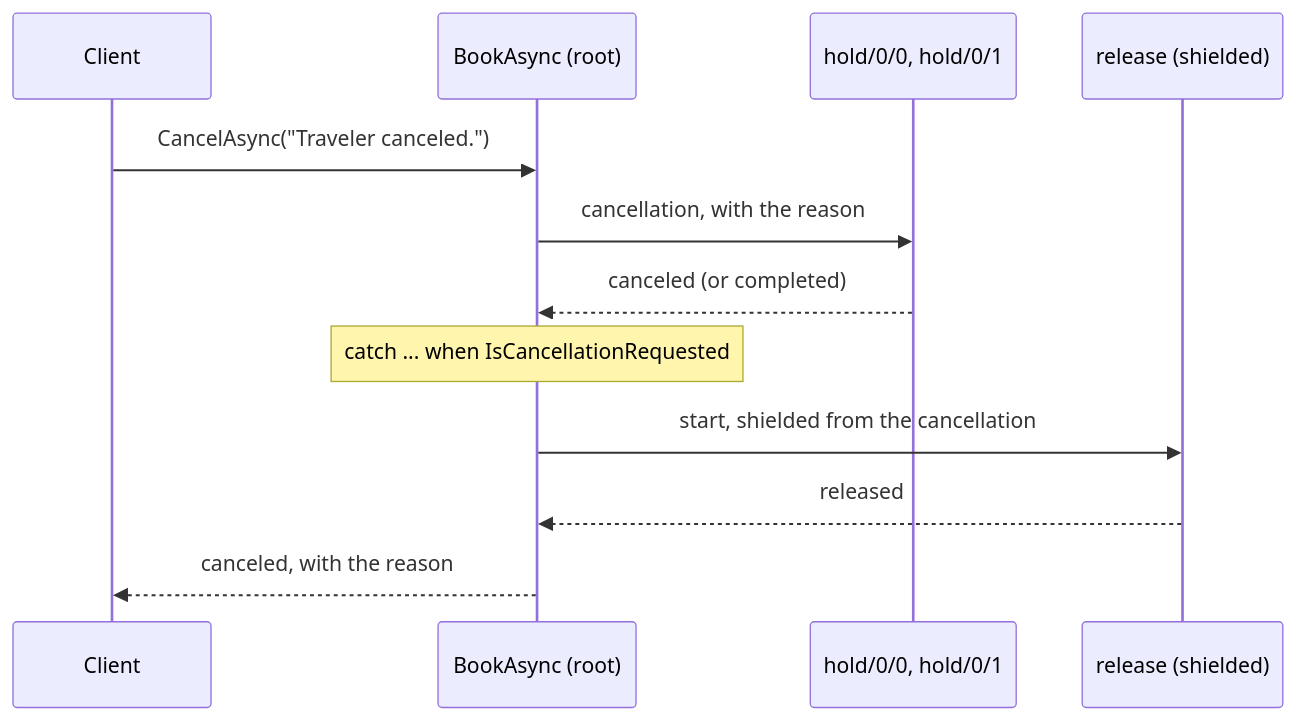
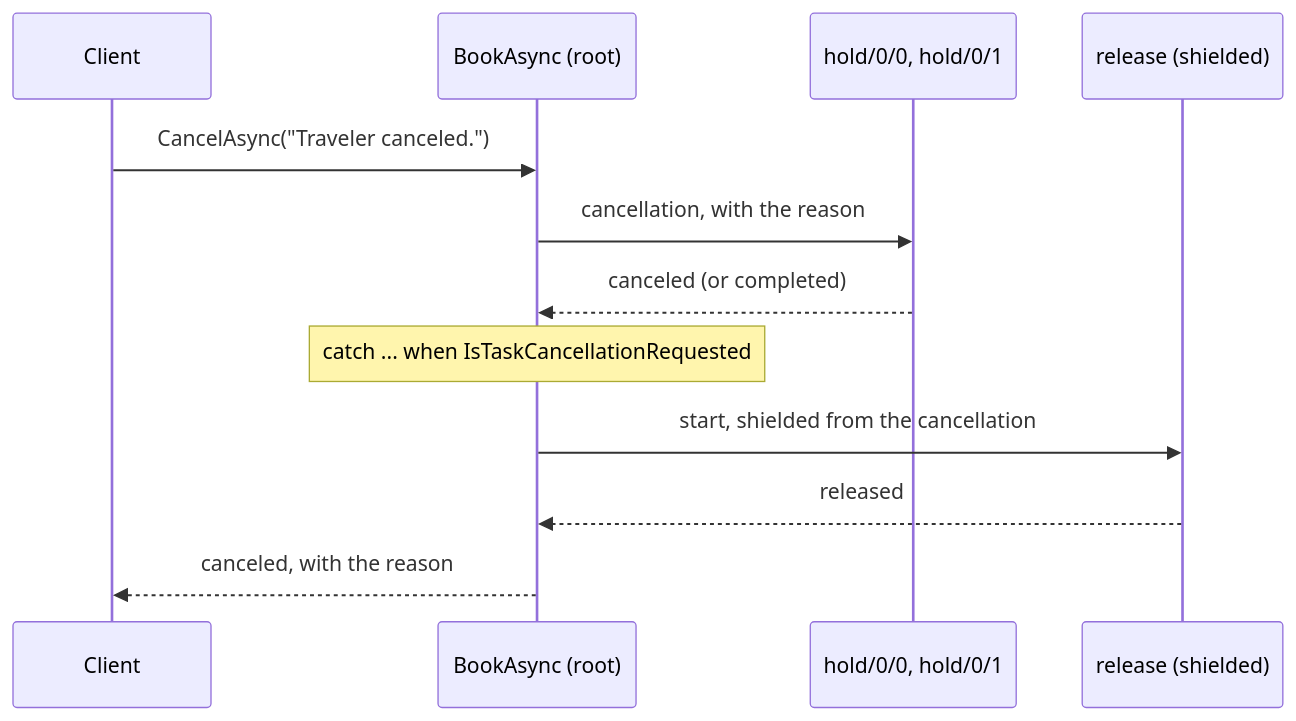
One commit to ReubenBond/orleans changed the second of 2 diagrams in docs/site/src/content/docs/grains/durable-tasks-structured-concurrency.md. Above: the diagram before and after it, drawn with Mermaid. The commit also changed other lines of this file and 16 other files, not shown here.

First line of the commit message:
docs(durable-tasks): describe task cancellation and attempt cancellation [#11486]

````diff
--- a/docs/site/src/content/docs/grains/durable-tasks-structured-concurrency.md
+++ b/docs/site/src/content/docs/grains/durable-tasks-structured-concurrency.md
@@ -90,14 +90,14 @@
 ```mermaid
 sequenceDiagram
     participant Client
     participant Trip as BookAsync (root)
     participant Holds as hold/0/0, hold/0/1
     participant Release as release (shielded)
     Client->>Trip: CancelAsync("Traveler canceled.")
     Trip->>Holds: cancellation, with the reason
     Holds-->>Trip: canceled (or completed)
-    Note over Trip: catch ... when IsCancellationRequested
+    Note over Trip: catch ... when IsTaskCancellationRequested
     Trip->>Release: start, shielded from the cancellation
     Release-->>Trip: released
     Trip-->>Client: canceled, with the reason
 ```
````
